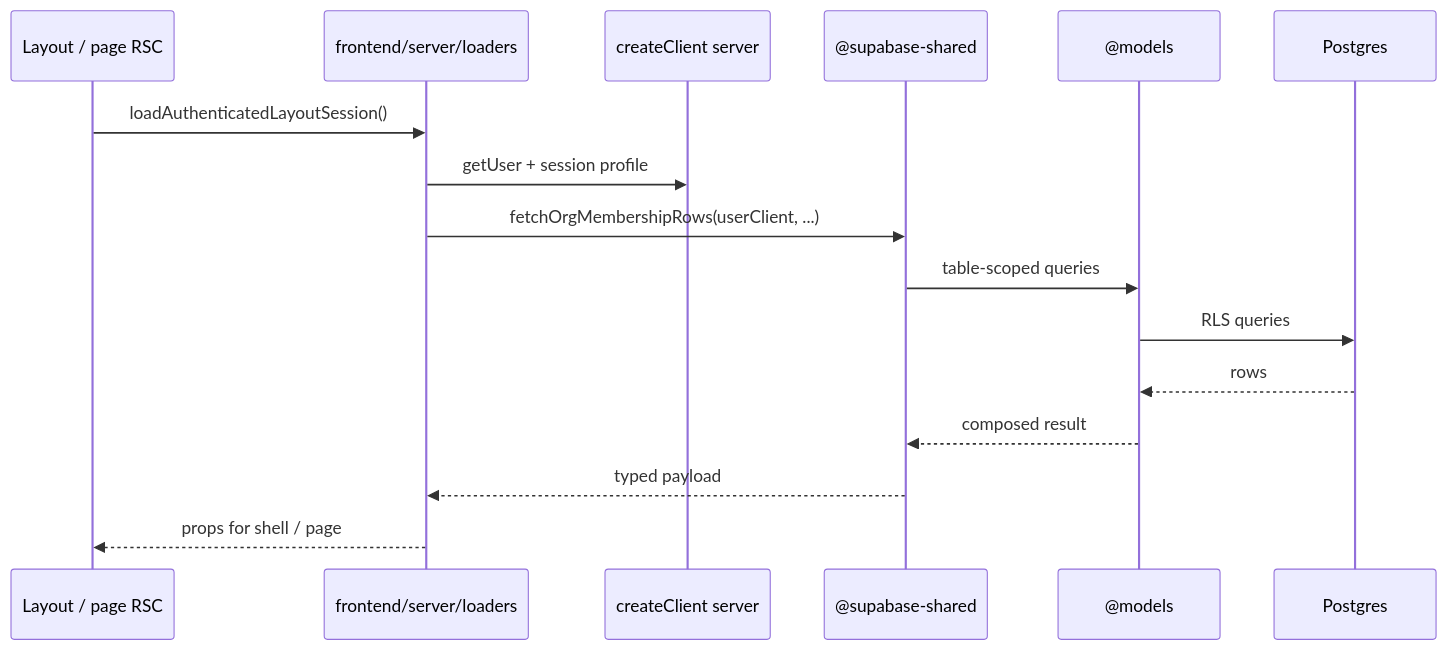
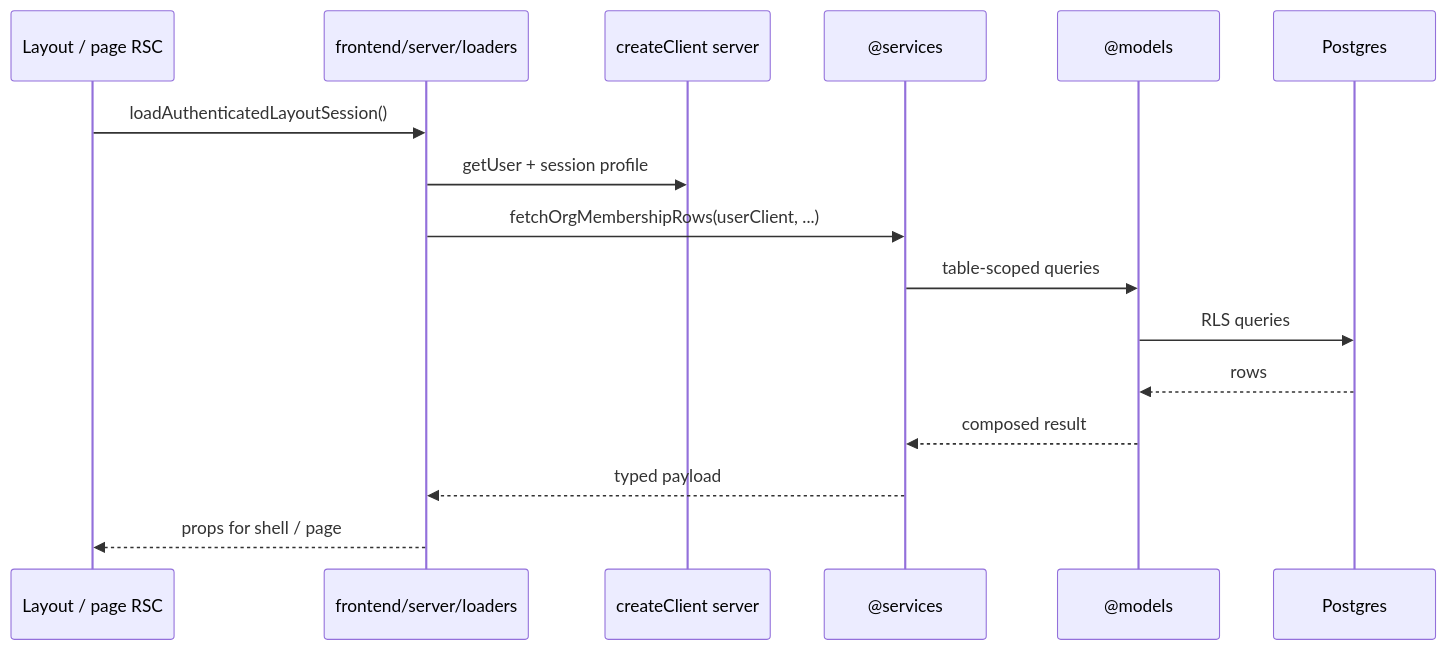
Before and after one commit to lcorbitt/containerly-app: the fourth of 4 diagrams in docs/architecture-frontend-backend.md, drawn with Mermaid. The commit also changed other lines of this file and 390 other files, not shown here.

Commit message:
Architecture improvements

````diff
--- a/docs/architecture-frontend-backend.md
+++ b/docs/architecture-frontend-backend.md
@@ -275,19 +323,19 @@
 ```mermaid
 sequenceDiagram
   participant RSC as Layout / page RSC
   participant Loader as frontend/server/loaders
   participant Next as createClient server
-  participant Lib as @supabase-shared
+  participant Services as @services
   participant Models as @models
   participant DB as Postgres
 
   RSC->>Loader: loadAuthenticatedLayoutSession()
   Loader->>Next: getUser + session profile
-  Loader->>Lib: fetchOrgMembershipRows(userClient, ...)
-  Lib->>Models: table-scoped queries
+  Loader->>Services: fetchOrgMembershipRows(userClient, ...)
+  Services->>Models: table-scoped queries
   Models->>DB: RLS queries
   DB-->>Models: rows
-  Models-->>Lib: composed result
-  Lib-->>Loader: typed payload
+  Models-->>Services: composed result
+  Services-->>Loader: typed payload
   Loader-->>RSC: props for shell / page
 ```
````
